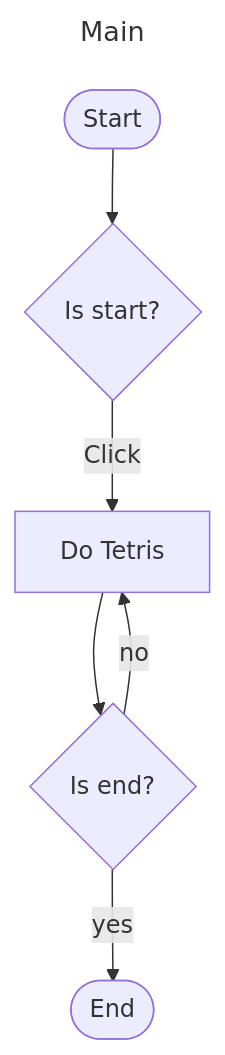
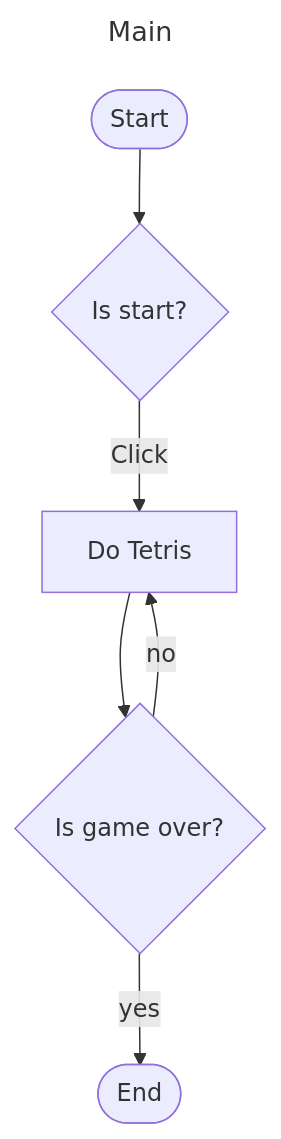
One commit to chhy-son/tetris changed the first of 2 diagrams in src/UML/FlowChart.md. Above: the diagram before and after it, drawn with Mermaid. The commit also changed other lines of this file and 2 other files, not shown here.

Commit message:
feat: UML Diagram - FlowChart, SeqDiagram, ClassDiagram

````diff
--- a/src/UML/FlowChart.md
+++ b/src/UML/FlowChart.md
@@ -4,11 +4,11 @@
 ```mermaid
 ---
 title: Main
 ---
     flowchart TD
     Start([Start]) --> StartBtn{Is start?}
-        StartBtn -->|Click| Tetromino[Do Tetris]
-    Tetromino --> Dead{Is end?}
+        StartBtn -->|Click| Tetris[Do Tetris]
+    Tetris --> Dead{Is game over?}
         Dead -->|yes| End([End])
-        Dead -->|no| Tetromino
+        Dead -->|no| Tetris
 ```
````
